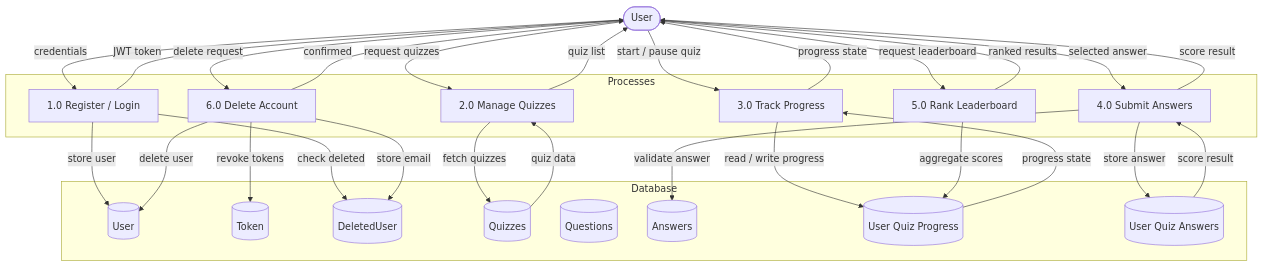
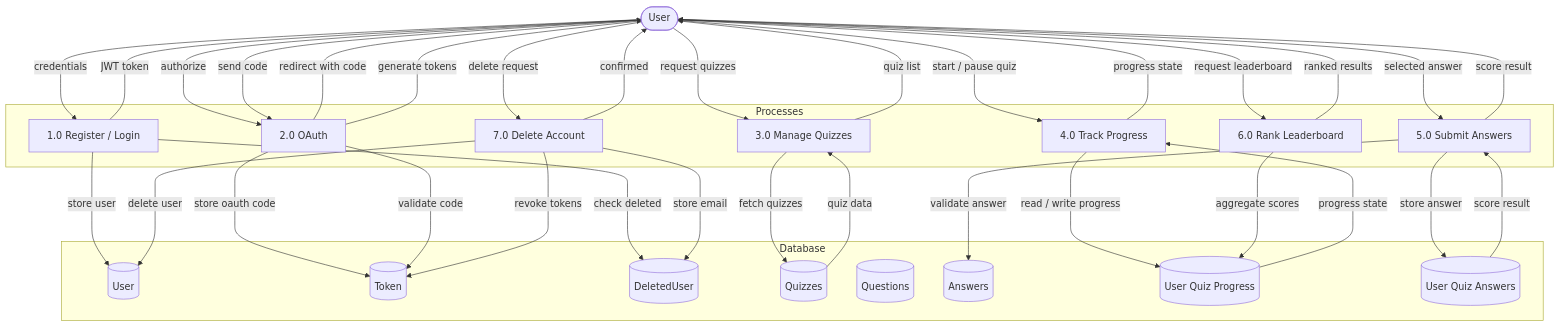
The fourth of 5 diagrams in README.md (Ahmed-Elgammal-900/Quiz-App-Back-End), drawn with Mermaid before and after one commit. The commit also changed other lines of this file and 11 other files, not shown here.

````diff
--- a/README.md
+++ b/README.md
@@ -386,56 +407,64 @@
 ```mermaid
 graph TD
     U(["User"])
 
     subgraph Processes
         P1["1.0 Register / Login"]
-        P2["2.0 Manage Quizzes"]
-        P3["3.0 Track Progress"]
-        P4["4.0 Submit Answers"]
-        P5["5.0 Rank Leaderboard"]
-        P6["6.0 Delete Account"]
+        P2["2.0 OAuth"]
+        P3["3.0 Manage Quizzes"]
+        P4["4.0 Track Progress"]
+        P5["5.0 Submit Answers"]
+        P6["6.0 Rank Leaderboard"]
+        P7["7.0 Delete Account"]
 
     end
 
     subgraph Database
         DS1[("User")]
         DS2[("Token")]
         DS3[("DeletedUser")]
         DS4[("Quizzes")]
         DS5[("Questions")]
         DS6[("Answers")]
         DS7[("User Quiz Progress")]
         DS8[("User Quiz Answers")]
     end
 
     U -->|"credentials"| P1
     P1 -->|"check deleted"| DS3
     P1 -->|"store user"| DS1
     P1 -->|"JWT token"| U
 
-    U -->|"request quizzes"| P2
-    P2 -->|"fetch quizzes"| DS4
-    DS4 -->|"quiz data"| P2
-    P2 -->|"quiz list"| U
+    U ---> |"authorize"| P2
+    P2 -->|"store oauth code"| DS2
+    P2 ---> |"redirect with code"| U
+    U ---> |"send code"| P2
+    P2 ---> |"validate code"| DS2
+    P2 ---> |"generate tokens"| U
 
-    U -->|"start / pause quiz"| P3
-    P3 -->|"read / write progress"| DS7
-    DS7 -->|"progress state"| P3
-    P3 -->|"progress state"| U
+    U -->|"request quizzes"| P3
+    P3 -->|"fetch quizzes"| DS4
+    DS4 -->|"quiz data"| P3
+    P3 -->|"quiz list"| U
 
-    U -->|"selected answer"| P4
-    P4 -->|"validate answer"| DS6
-    P4 -->|"store answer"| DS8
-    DS8 -->|"score result"| P4
-    P4 -->|"score result"| U
+    U -->|"start / pause quiz"| P4
+    P4 -->|"read / write progress"| DS7
+    DS7 -->|"progress state"| P4
+    P4 -->|"progress state"| U
 
-    U -->|"request leaderboard"| P5
-    P5 -->|"aggregate scores"| DS7
-    P5 -->|"ranked results"| U
+    U -->|"selected answer"| P5
+    P5 -->|"validate answer"| DS6
+    P5 -->|"store answer"| DS8
+    DS8 -->|"score result"| P5
+    P5 -->|"score result"| U
 
-    U -->|"delete request"| P6
-    P6 -->|"delete user"| DS1
-    P6 -->|"revoke tokens"| DS2
-    P6 -->|"store email"| DS3
-    P6 -->|"confirmed"| U
+    U -->|"request leaderboard"| P6
+    P6 -->|"aggregate scores"| DS7
+    P6 -->|"ranked results"| U
+
+    U -->|"delete request"| P7
+    P7 -->|"delete user"| DS1
+    P7 -->|"revoke tokens"| DS2
+    P7 -->|"store email"| DS3
+    P7 -->|"confirmed"| U
 ```
````
